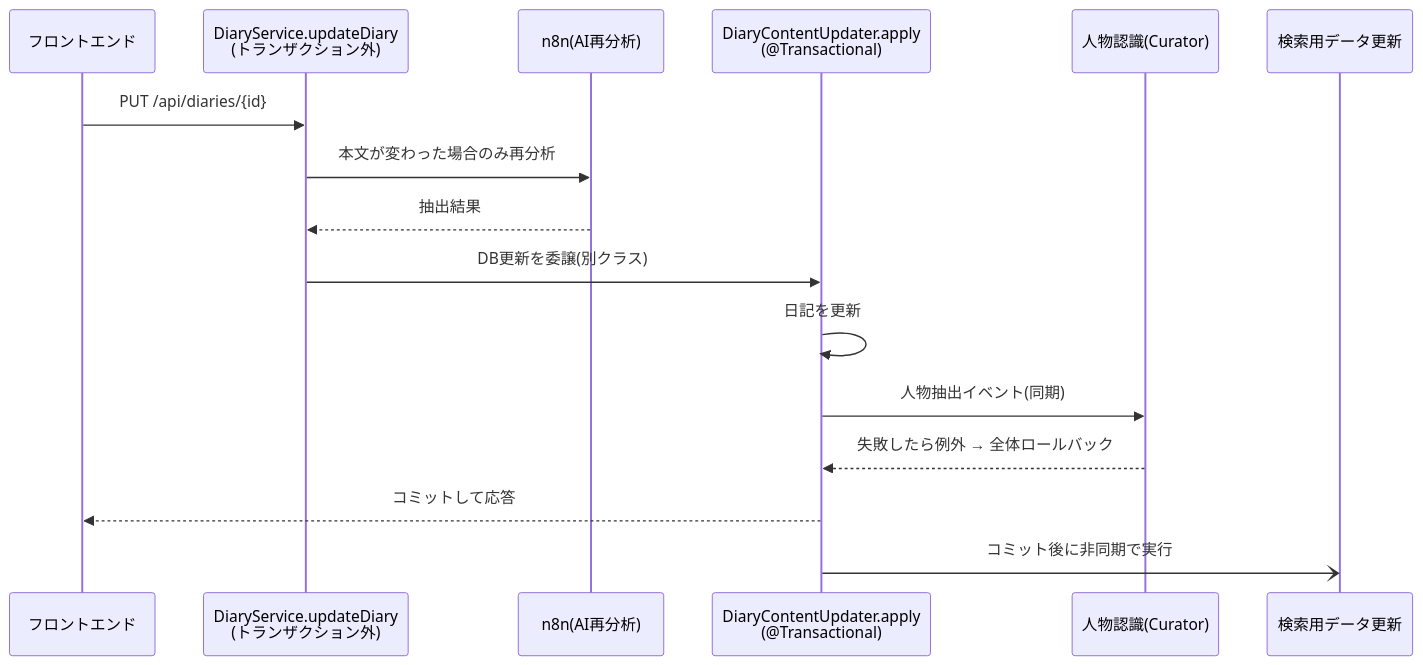
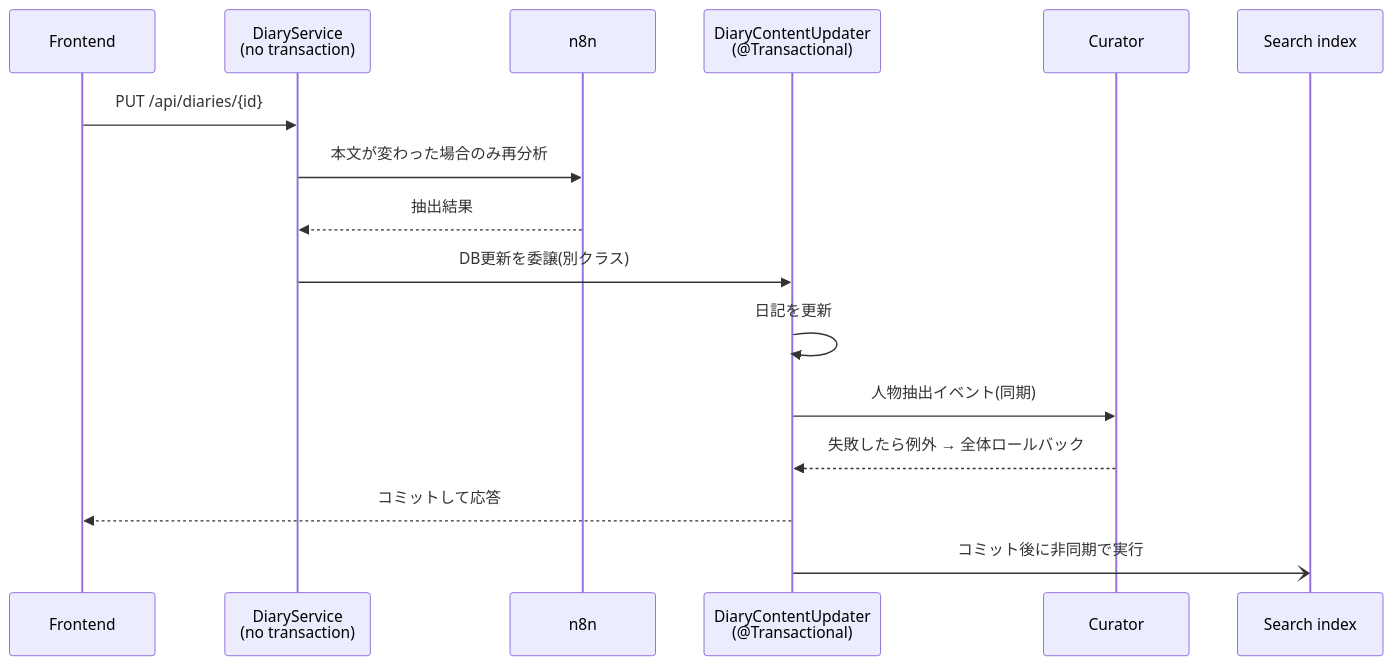
Before and after one commit to idlms9/tada-frontend: the second of 3 diagrams in README.md, drawn with Mermaid. The commit also changed other lines of this file, not shown here.

````diff
--- a/README.md
+++ b/README.md
@@ -70,19 +85,19 @@
 ```mermaid
 sequenceDiagram
-  participant FE as フロントエンド
-  participant S as DiaryService.updateDiary<br/>(トランザクション外)
-  participant N as n8n(AI再分析)
-  participant U as DiaryContentUpdater.apply<br/>(@Transactional)
-  participant C as 人物認識(Curator)
-  participant E as 検索用データ更新
+  participant FE as Frontend
+  participant S as DiaryService<br/>(no transaction)
+  participant N as n8n
+  participant U as DiaryContentUpdater<br/>(@Transactional)
+  participant C as Curator
+  participant E as Search index
 
   FE->>S: PUT /api/diaries/{id}
   S->>N: 本文が変わった場合のみ再分析
   N-->>S: 抽出結果
   S->>U: DB更新を委譲(別クラス)
   U->>U: 日記を更新
   U->>C: 人物抽出イベント(同期)
   C-->>U: 失敗したら例外 → 全体ロールバック
   U-->>FE: コミットして応答
   U-)E: コミット後に非同期で実行
 ```
````
